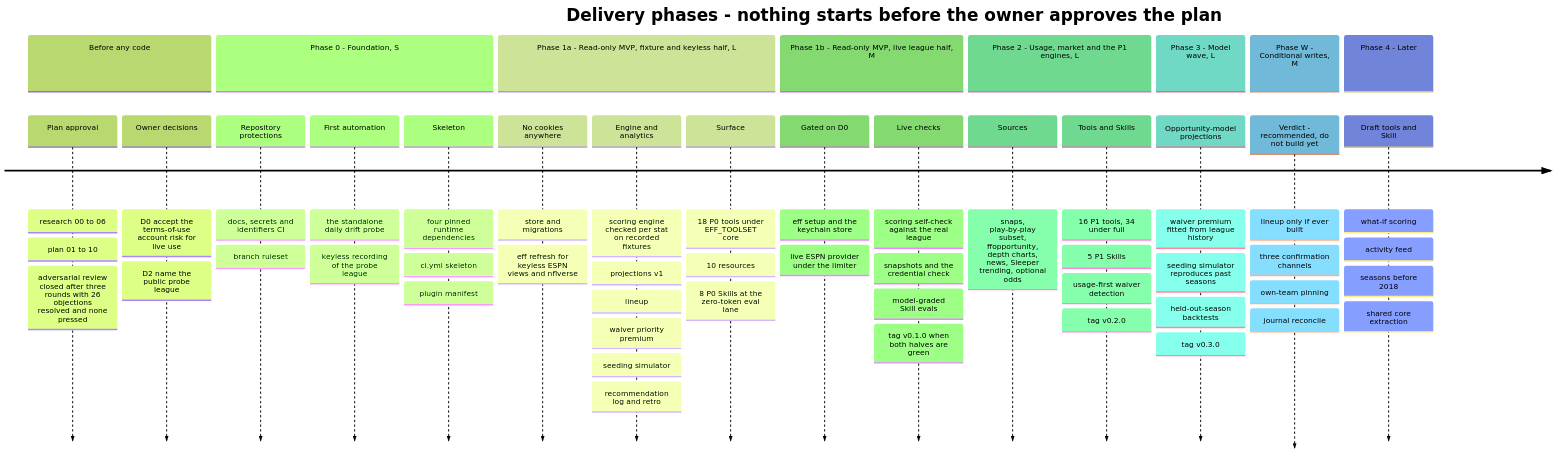
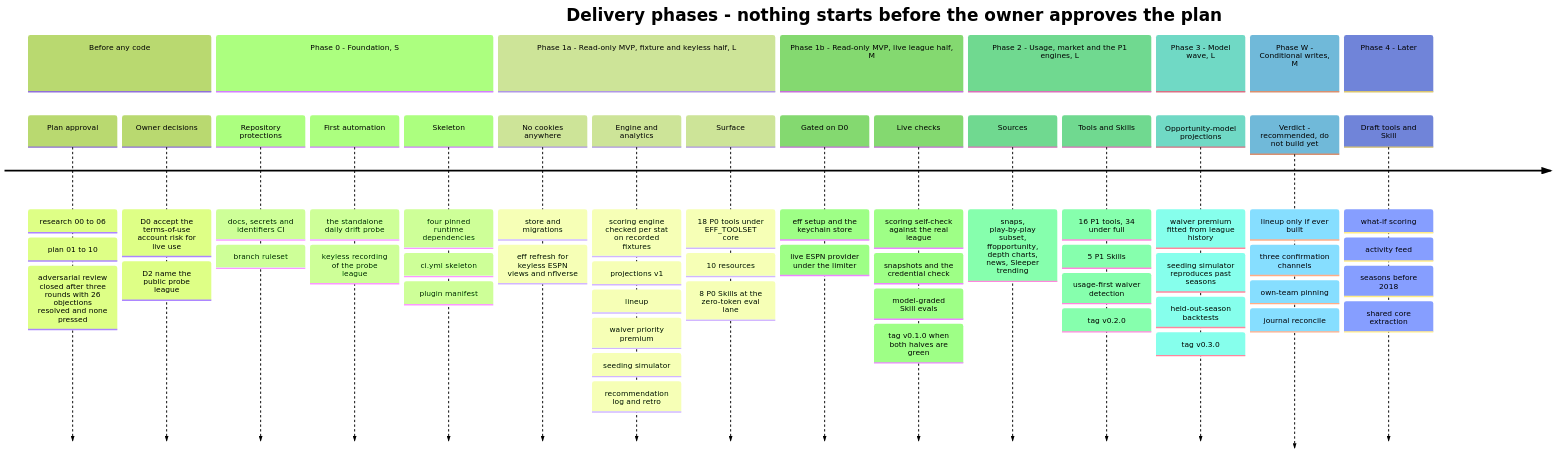
One commit to ChadPapineau/espn-fantasy-football-mcp changed the eighth of 8 diagrams in README.md. Above: the diagram before and after it, drawn with Mermaid (forest theme). The commit also changed other lines of this file and 8 other files, not shown here.

````diff
--- a/README.md
+++ b/README.md
@@ -596,28 +594,28 @@
 ```mermaid
 %% 8. Roadmap - phases, not dates. Effort scale from the plan - S is days, M is 1 to 3 weeks, L is 4 to 8 weeks
 timeline
     title Delivery phases - nothing starts before the owner approves the plan
     section Before any code
         Plan approval : research 00 to 06 : plan 01 to 10 : adversarial review closed after three rounds with 26 objections resolved and none pressed
         Owner decisions : D0 accept the terms-of-use account risk for live use : D2 name the public probe league
     section Phase 0 - Foundation, S
         Repository protections : docs, secrets and identifiers CI : branch ruleset
         First automation : the standalone daily drift probe : keyless recording of the probe league
         Skeleton : four pinned runtime dependencies : ci.yml skeleton : plugin manifest
     section Phase 1a - Read-only MVP, fixture and keyless half, L
         No cookies anywhere : store and migrations : eff refresh for keyless ESPN views and nflverse
         Engine and analytics : scoring engine checked per stat on recorded fixtures : projections v1 : lineup : waiver priority premium : seeding simulator : recommendation log and retro
         Surface : 18 P0 tools under EFF_TOOLSET core : 10 resources : 8 P0 Skills at the zero-token eval lane
     section Phase 1b - Read-only MVP, live league half, M
         Gated on D0 : eff setup and the keychain store : live ESPN provider under the limiter
         Live checks : scoring self-check against the real league : snapshots and the credential check : model-graded Skill evals : tag v0.1.0 when both halves are green
     section Phase 2 - Usage, market and the P1 engines, L
-        Sources : snaps, play-by-play subset, ffopportunity, depth charts, news, Sleeper trending, optional odds
+        Sources : snaps, play-by-play subset, ffopportunity, depth charts, news, Sleeper trending
         Tools and Skills : 16 P1 tools, 34 under full : 5 P1 Skills : usage-first waiver detection : tag v0.2.0
     section Phase 3 - Model wave, L
         Opportunity-model projections : waiver premium fitted from league history : seeding simulator reproduces past seasons : held-out-season backtests : tag v0.3.0
     section Phase W - Conditional writes, M
         Verdict - recommended, do not build yet : lineup only if ever built : three confirmation channels : own-team pinning : journal reconcile
     section Phase 4 - Later
         Draft tools and Skill : what-if scoring : activity feed : seasons before 2018 : shared core extraction
 ```
````
